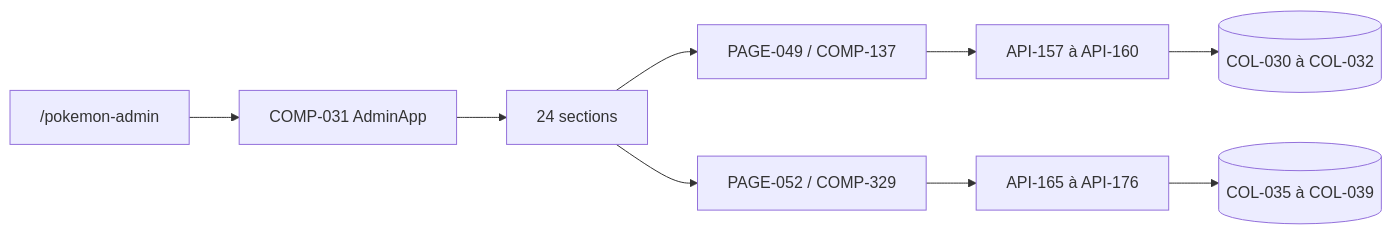
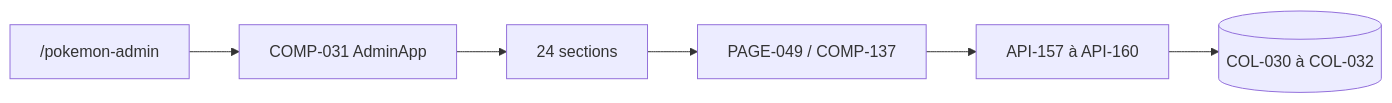
One commit to Matthieu-Vachet/dashboard_Admin changed the diagram in docs/Tome 1 — Foundation (Fondations)/DOC-011-dashboard-overview.md. Above: the diagram before and after it, drawn with Mermaid. The commit also changed other lines of this file and 529 other files, not shown here.

````diff
--- a/docs/Tome 1 — Foundation (Fondations)/DOC-011-dashboard-overview.md
+++ b/docs/Tome 1 — Foundation (Fondations)/DOC-011-dashboard-overview.md
@@ -81,11 +71,8 @@
 ```mermaid
 flowchart LR
   PAGE["/pokemon-admin"] --> APP["COMP-031 AdminApp"]
   APP --> SECTIONS["24 sections"]
   SECTIONS --> PERSONAL["PAGE-049 / COMP-137"]
   PERSONAL --> ROUTES["API-157 à API-160"]
   ROUTES --> MONGO[("COL-030 à COL-032")]
-  SECTIONS --> GM["PAGE-052 / COMP-329"]
-  GM --> GM_API["API-165 à API-176"]
-  GM_API --> GM_MONGO[("COL-035 à COL-039")]
 ```
````
